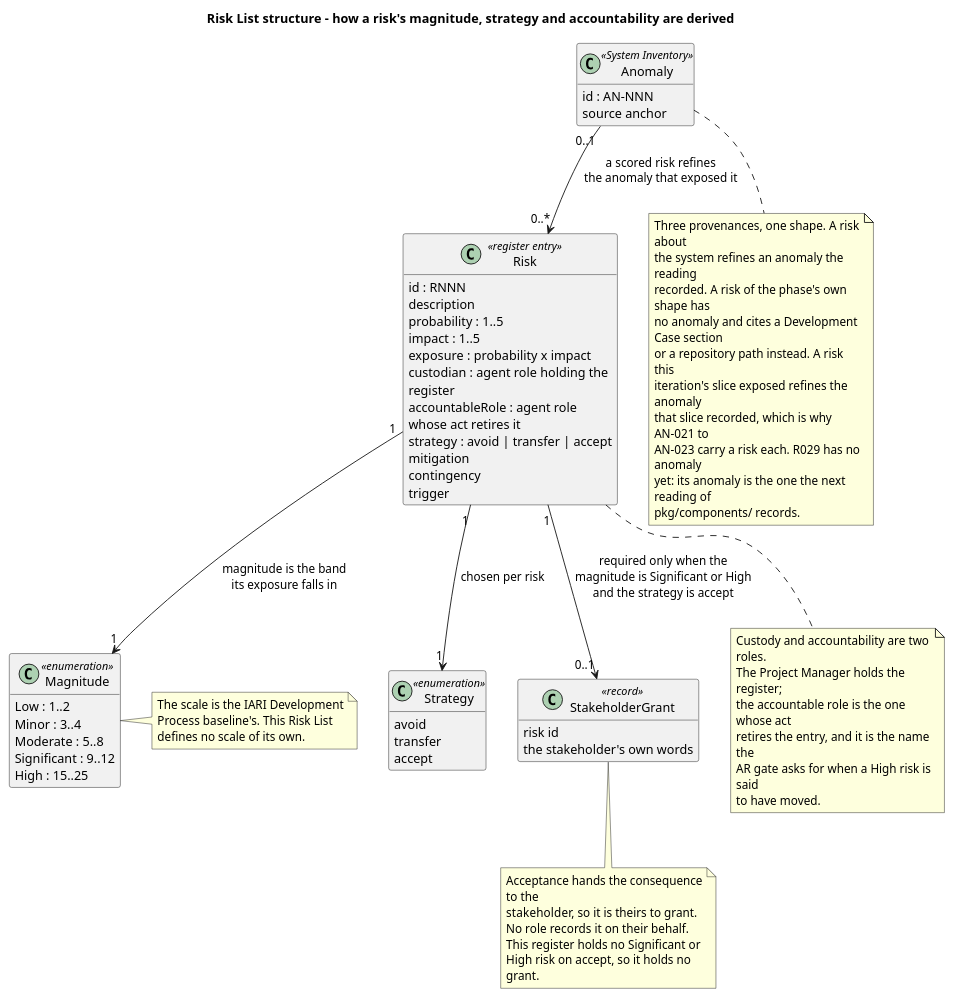
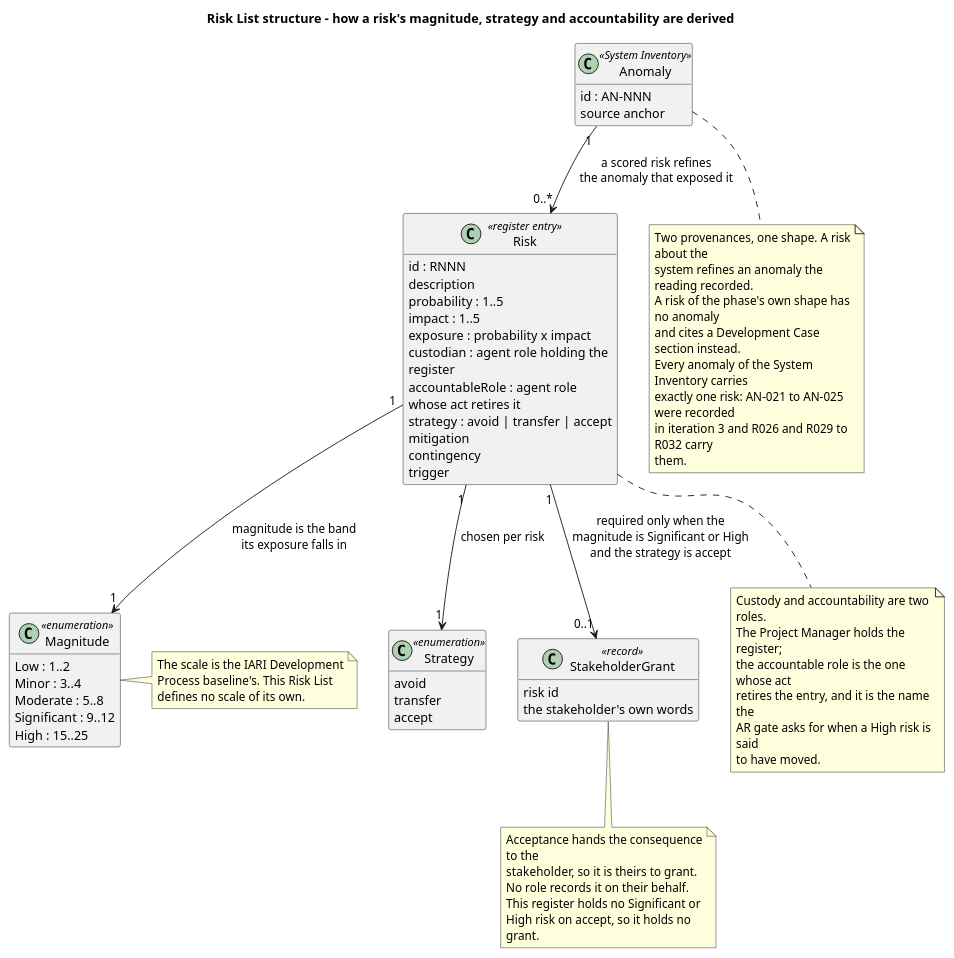
One commit to banense-test/dapr changed the first of 2 diagrams in docs/artifacts/project-management/risk-list.md. Above: the diagram before and after it, drawn with PlantUML. The commit also changed other lines of this file, not shown here.

First line of the commit message:
Project Manager [Survey3]: upsert Risk List

````diff
--- a/docs/artifacts/project-management/risk-list.md
+++ b/docs/artifacts/project-management/risk-list.md
@@ -76,7 +76,7 @@
 RISK "1" --> "1" MAG : magnitude is the band\nits exposure falls in
 RISK "1" --> "1" STRAT : chosen per risk
 RISK "1" --> "0..1" GRANT : required only when the\nmagnitude is Significant or High\nand the strategy is accept
-ANOM "0..1" --> "0..*" RISK : a scored risk refines\nthe anomaly that exposed it
+ANOM "1" --> "0..*" RISK : a scored risk refines\nthe anomaly that exposed it
 
 note right of MAG
   The scale is the IARI Development
@@ -102,16 +102,14 @@
 end note
 
 note bottom of ANOM
-  Three provenances, one shape. A risk about
-  the system refines an anomaly the reading
-  recorded. A risk of the phase's own shape has
-  no anomaly and cites a Development Case section
-  or a repository path instead. A risk this
-  iteration's slice exposed refines the anomaly
-  that slice recorded, which is why AN-021 to
-  AN-023 carry a risk each. R029 has no anomaly
-  yet: its anomaly is the one the next reading of
-  pkg/components/ records.
+  Two provenances, one shape. A risk about the
+  system refines an anomaly the reading recorded.
+  A risk of the phase's own shape has no anomaly
+  and cites a Development Case section instead.
+  Every anomaly of the System Inventory carries
+  exactly one risk: AN-021 to AN-025 were recorded
+  in iteration 3 and R026 and R029 to R032 carry
+  them.
 end note
 @enduml
 ```
````
